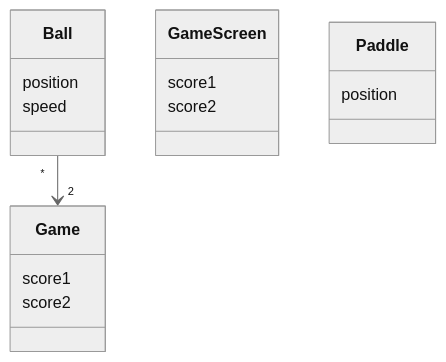
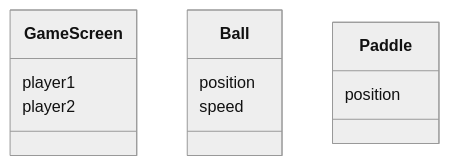
One commit to Adamygire/Pong changed the first of 4 diagrams in dokumentaatio/referenssi.md. Above: the diagram before and after it, drawn with Mermaid (neutral theme). The commit also changed other lines of this file and 5 other files, not shown here.

````diff
--- a/dokumentaatio/referenssi.md
+++ b/dokumentaatio/referenssi.md
@@ -23,19 +23,15 @@
 ```mermaid
 classDiagram
-    Ball "*" --> "2" Game
-    class Game {
-        score1
-        score2
-    }
+
     class GameScreen {
-        score1
-        score2
+        player1
+        player2
     }
     class Ball {
         position
         speed
     }
     class Paddle {
         position
     }
 ```
````
